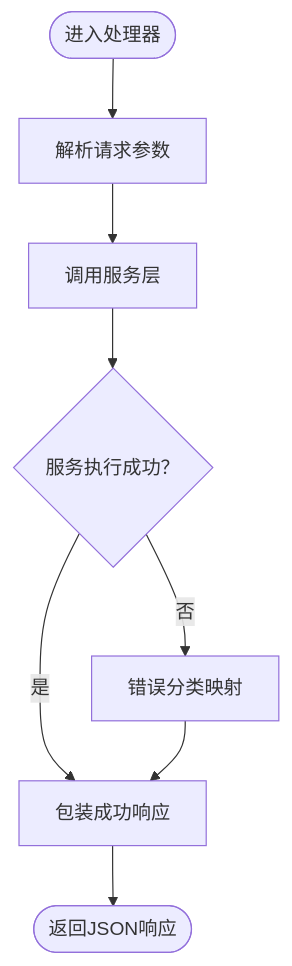
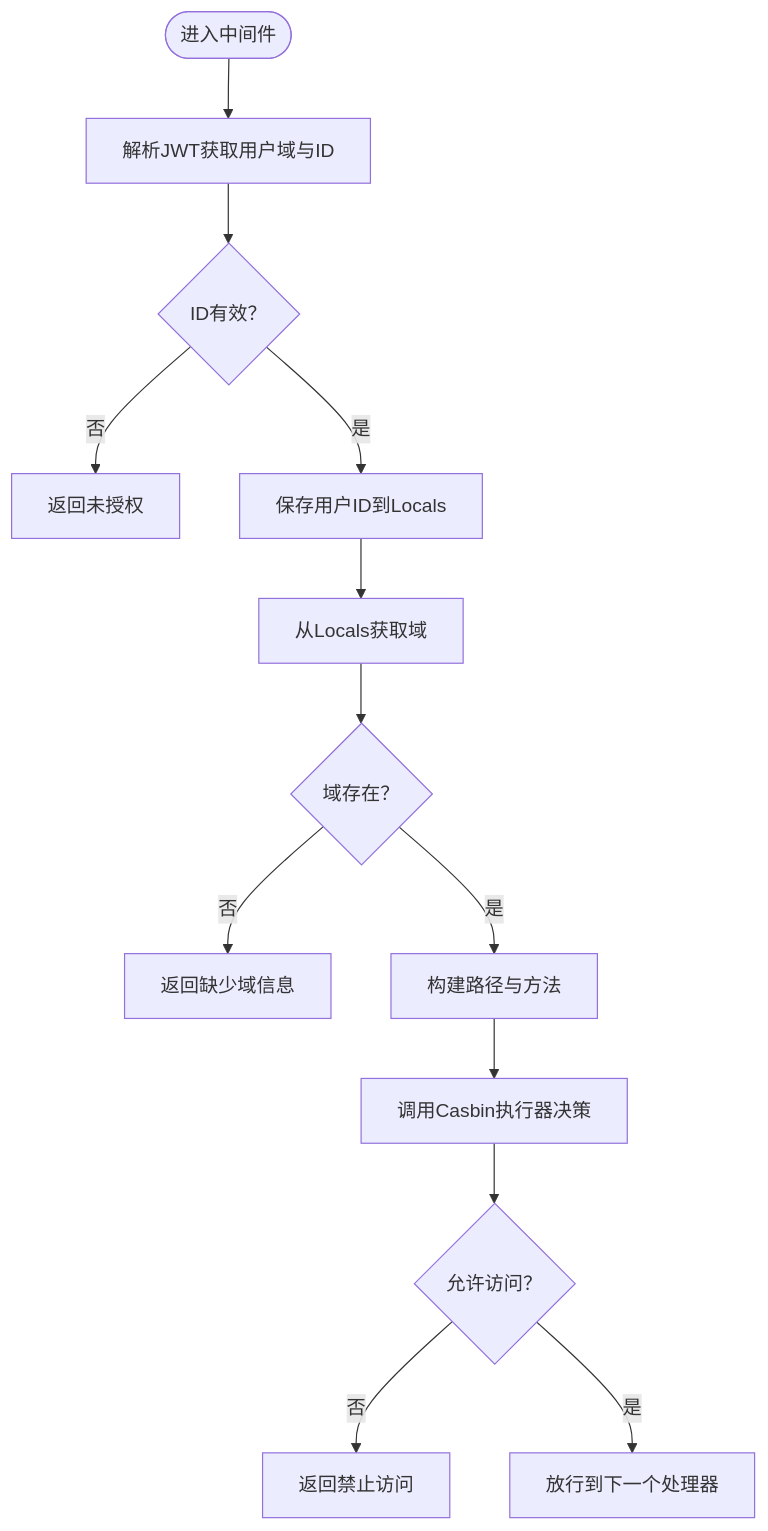
The fourth of 6 diagrams in .qoder/repowiki/zh/content/开发指南/代码规范.md (wuwuseo/e-sports-go-admin), drawn with Mermaid before and after one commit. The commit also changed other lines of this file and 141 other files, not shown here.

````diff
--- a/.qoder/repowiki/zh/content/开发指南/代码规范.md
+++ b/.qoder/repowiki/zh/content/开发指南/代码规范.md
@@ -240,10 +246,15 @@
 ```mermaid
 flowchart TD
-Start(["进入处理器"]) --> Parse["解析请求参数"]
-Parse --> CallSvc["调用服务层"]
-CallSvc --> SvcOK{"服务执行成功？"}
-SvcOK -- 是 --> Wrap["包装成功响应"]
-SvcOK -- 否 --> MapErr["错误分类映射"]
-MapErr --> Wrap
-Wrap --> End(["返回JSON响应"])
+Start(["进入中间件"]) --> Parse["解析JWT获取用户域与ID"]
+Parse --> ValidateID{"ID有效？"}
+ValidateID -- 否 --> Unauthorized["返回未授权"]
+ValidateID -- 是 --> SaveID["保存用户ID到Locals"]
+SaveID --> GetDomain["从Locals获取域"]
+GetDomain --> HasDomain{"域存在？"}
+HasDomain -- 否 --> MissingDomain["返回缺少域信息"]
+HasDomain -- 是 --> BuildReq["构建路径与方法"]
+BuildReq --> Enforce["调用Casbin执行器决策"]
+Enforce --> Allowed{"允许访问？"}
+Allowed -- 否 --> Forbidden["返回禁止访问"]
+Allowed -- 是 --> Next["放行到下一个处理器"]
 ```
````
